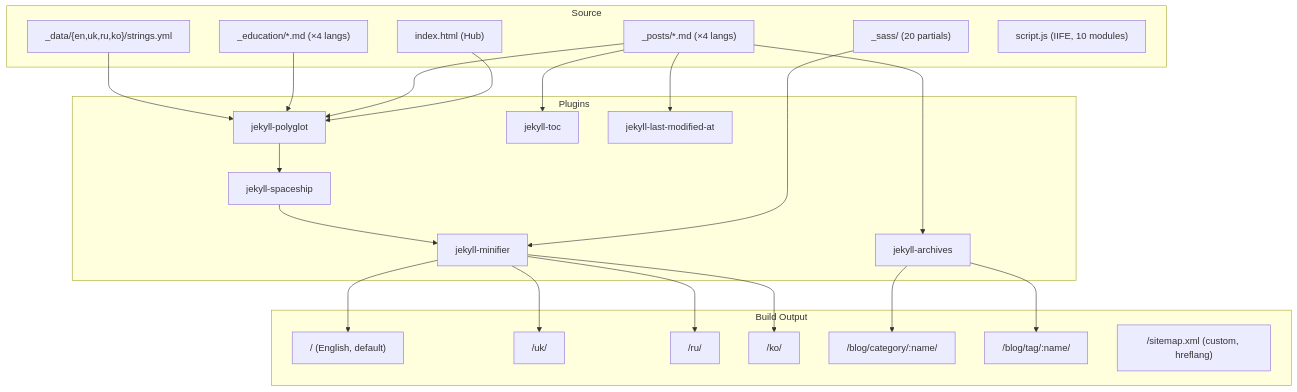
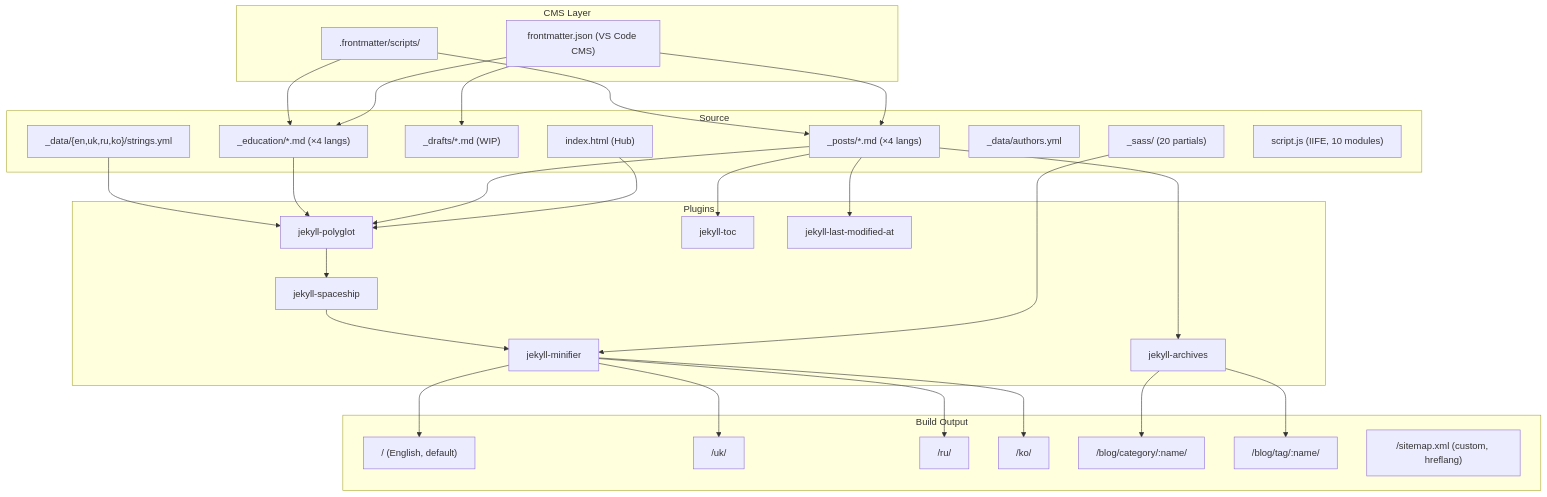
The diagram in project_context.md (Figarist/figarist.github.io), drawn with Mermaid before and after one commit. The commit also changed other lines of this file and 7 other files, not shown here.

Commit message:
chore: add Frontmatter CMS config, i18n workflow, update docs

````diff
--- a/project_context.md
+++ b/project_context.md
@@ -9,38 +9,47 @@
 ```mermaid
 graph TD
+    subgraph CMS Layer
+        FM["frontmatter.json (VS Code CMS)"]
+        Scripts[".frontmatter/scripts/"]
+    end
+
     subgraph Source
         H["index.html (Hub)"]
         P["_posts/*.md (×4 langs)"]
+        Drafts["_drafts/*.md (WIP)"]
         E["_education/*.md (×4 langs)"]
         D["_data/{en,uk,ru,ko}/strings.yml"]
+        Authors["_data/authors.yml"]
         S["_sass/ (20 partials)"]
         JS["script.js (IIFE, 10 modules)"]
     end
 
     subgraph Plugins
         Poly[jekyll-polyglot]
         Space[jekyll-spaceship]
         TOC[jekyll-toc]
         Archives[jekyll-archives]
         LMA[jekyll-last-modified-at]
         Min[jekyll-minifier]
     end
 
     subgraph Build Output
         DirEN["/ (English, default)"]
         DirUK["/uk/"]
         DirRU["/ru/"]
         DirKO["/ko/"]
         CatPages["/blog/category/:name/"]
         TagPages["/blog/tag/:name/"]
         Sitemap["/sitemap.xml (custom, hreflang)"]
     end
 
+    FM --> P & E & Drafts
+    Scripts --> P & E
     H & P & E & D --> Poly
     S --> Min
     P --> TOC & Archives & LMA
     Poly --> Space
     Space --> Min
     Min --> DirEN & DirUK & DirRU & DirKO
     Archives --> CatPages & TagPages
 ```
````
